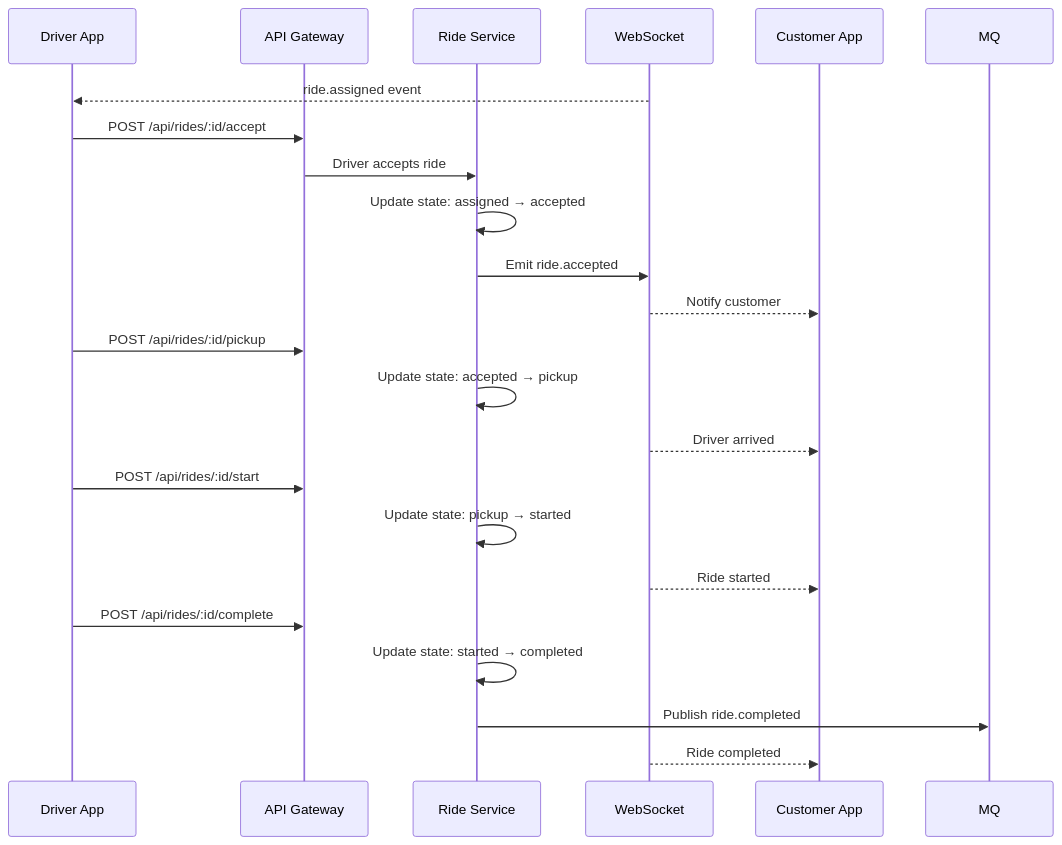
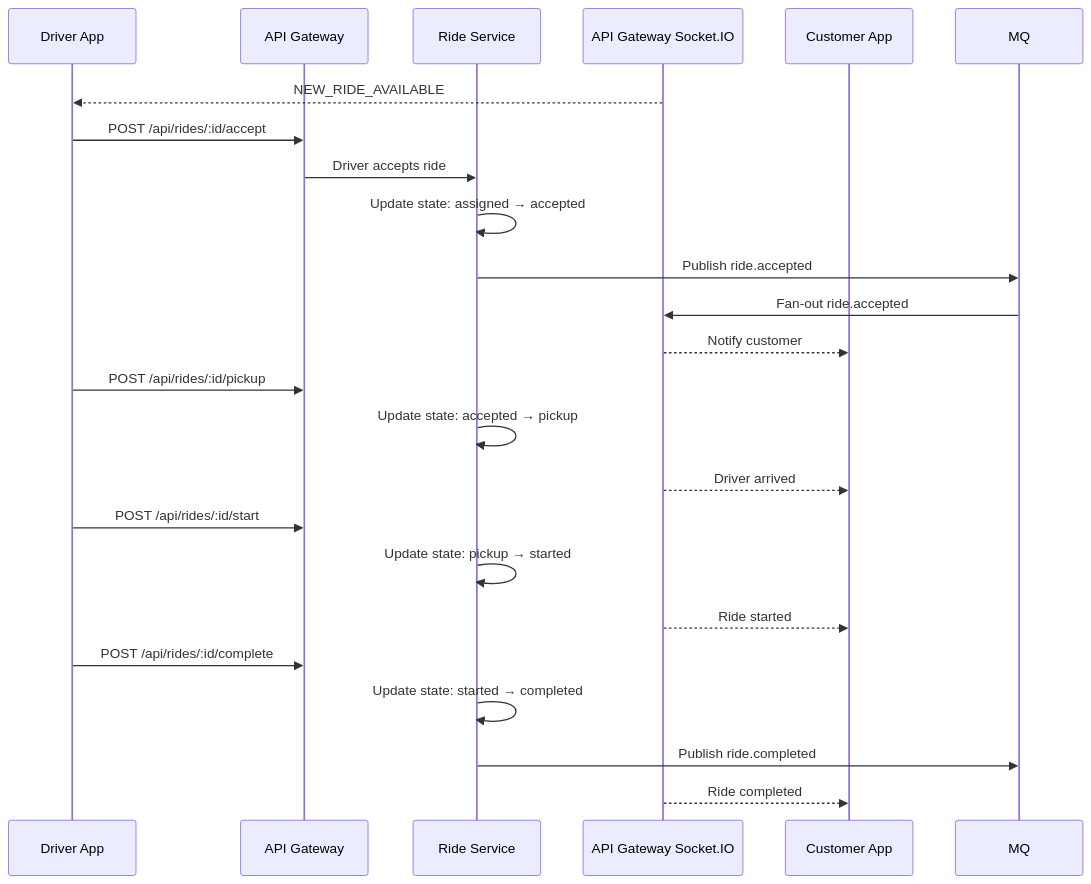
One commit to foxxiee04/Cab-Booking-System-Project changed the third of 4 diagrams in README.md. Above: the diagram before and after it, drawn with Mermaid. The commit also changed other lines of this file and 203 other files, not shown here.

````diff
--- a/README.md
+++ b/README.md
@@ -664,28 +709,29 @@
 ```mermaid
 sequenceDiagram
     participant D as Driver App
     participant GW as API Gateway
     participant R as Ride Service
-    participant WS as WebSocket
+    participant WS as API Gateway Socket.IO
     participant C as Customer App
 
-    WS-->>D: ride.assigned event
+    WS-->>D: NEW_RIDE_AVAILABLE
     D->>GW: POST /api/rides/:id/accept
     GW->>R: Driver accepts ride
     R->>R: Update state: assigned → accepted
-    R->>WS: Emit ride.accepted
+    R->>MQ: Publish ride.accepted
+    MQ->>WS: Fan-out ride.accepted
     WS-->>C: Notify customer
 
     D->>GW: POST /api/rides/:id/pickup
     R->>R: Update state: accepted → pickup
     WS-->>C: Driver arrived
 
     D->>GW: POST /api/rides/:id/start
     R->>R: Update state: pickup → started  
     WS-->>C: Ride started
 
     D->>GW: POST /api/rides/:id/complete
     R->>R: Update state: started → completed
     R->>MQ: Publish ride.completed
     WS-->>C: Ride completed
 ```
````
